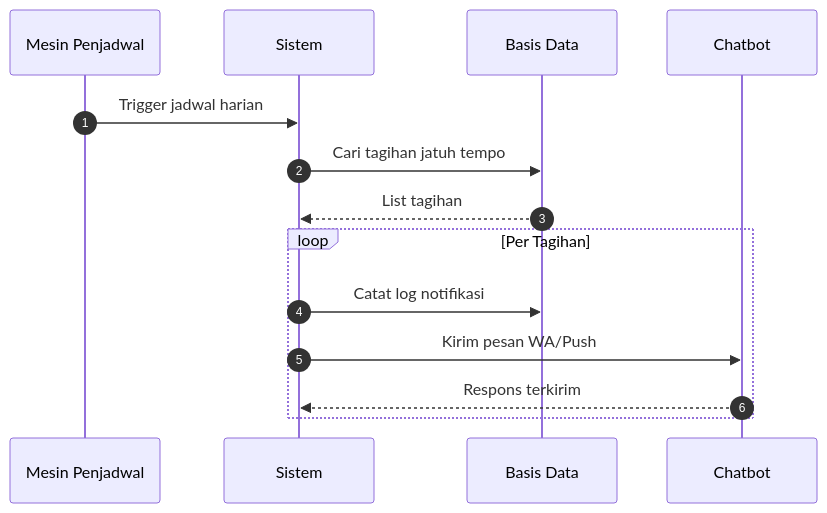
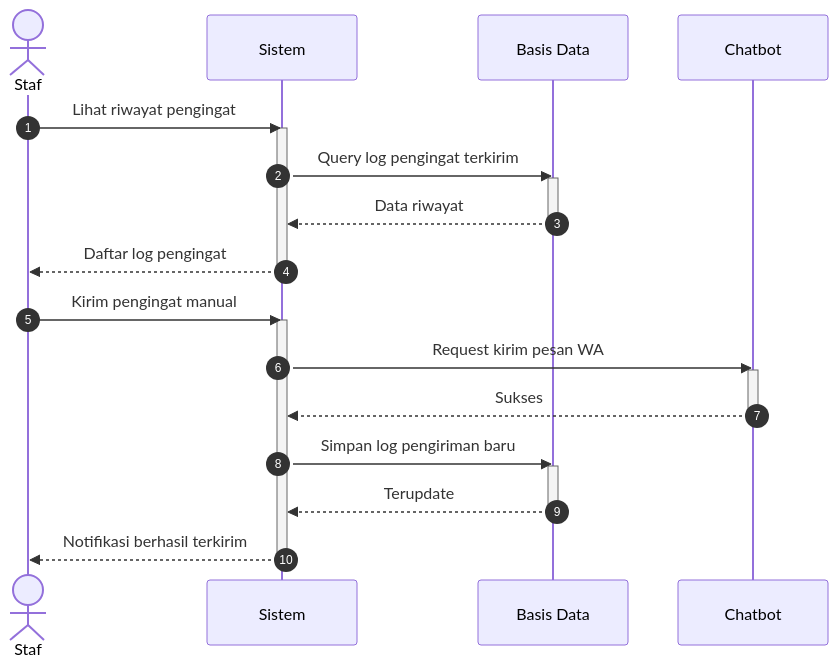
Before and after one commit to ahmadyasser72/tem-2: the diagram in docs/diagrams/6_sequence_diagram_manajemen_pengingat.mmd, drawn with Mermaid. The commit also changed 60 other files, not shown here.

```diff
--- a/docs/diagrams/6_sequence_diagram_manajemen_pengingat.mmd
+++ b/docs/diagrams/6_sequence_diagram_manajemen_pengingat.mmd
@@ -1,16 +1,28 @@
 sequenceDiagram
     autonumber
-    participant Cron as Mesin Penjadwal
+    actor Staf
     participant Sistem
     participant Basis Data
     participant Chatbot
 
-    Cron->>Sistem: Trigger jadwal harian
-    Sistem->>Basis Data: Cari tagihan jatuh tempo
-    Basis Data-->>Sistem: List tagihan
+    Staf->>Sistem: Lihat riwayat pengingat
+    activate Sistem
+    Sistem->>Basis Data: Query log pengingat terkirim
+    activate Basis Data
+    Basis Data-->>Sistem: Data riwayat
+    deactivate Basis Data
+    Sistem-->>Staf: Daftar log pengingat
+    deactivate Sistem
     
-    loop Per Tagihan
-        Sistem->>Basis Data: Catat log notifikasi
-        Sistem->>Chatbot: Kirim pesan WA/Push
-        Chatbot-->>Sistem: Respons terkirim
-    end
+    Staf->>Sistem: Kirim pengingat manual
+    activate Sistem
+    Sistem->>Chatbot: Request kirim pesan WA
+    activate Chatbot
+    Chatbot-->>Sistem: Sukses
+    deactivate Chatbot
+    Sistem->>Basis Data: Simpan log pengiriman baru
+    activate Basis Data
+    Basis Data-->>Sistem: Terupdate
+    deactivate Basis Data
+    Sistem-->>Staf: Notifikasi berhasil terkirim
+    deactivate Sistem
```
